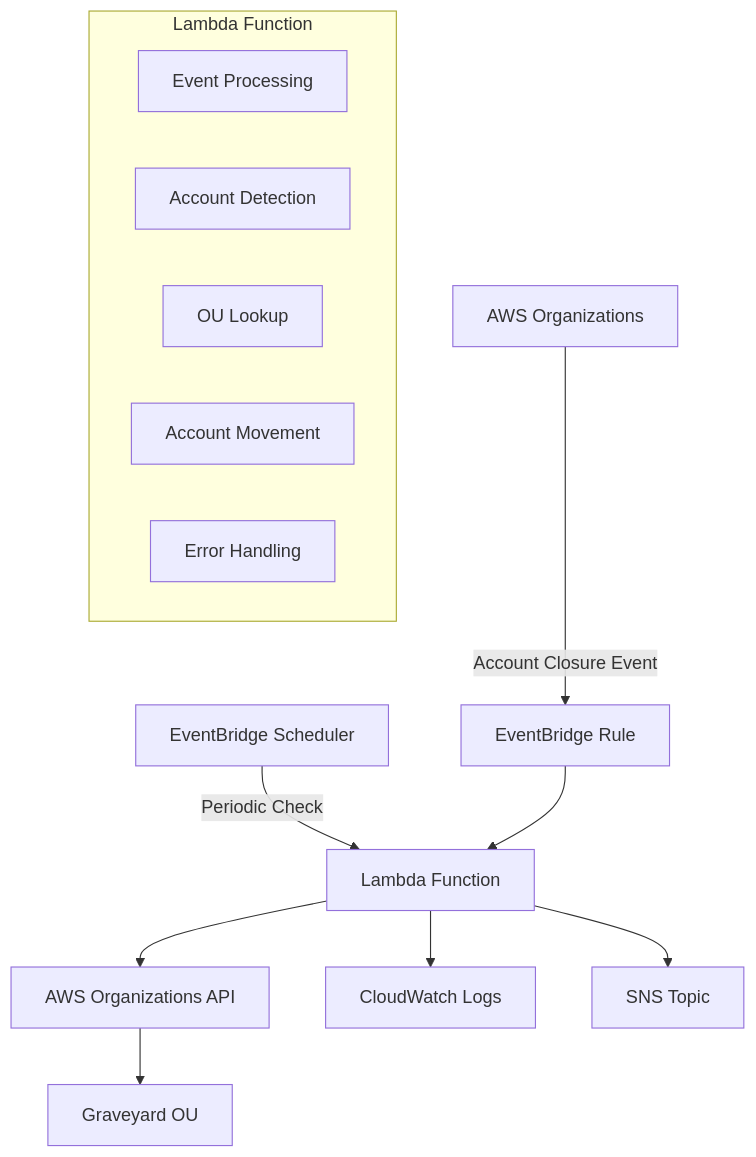
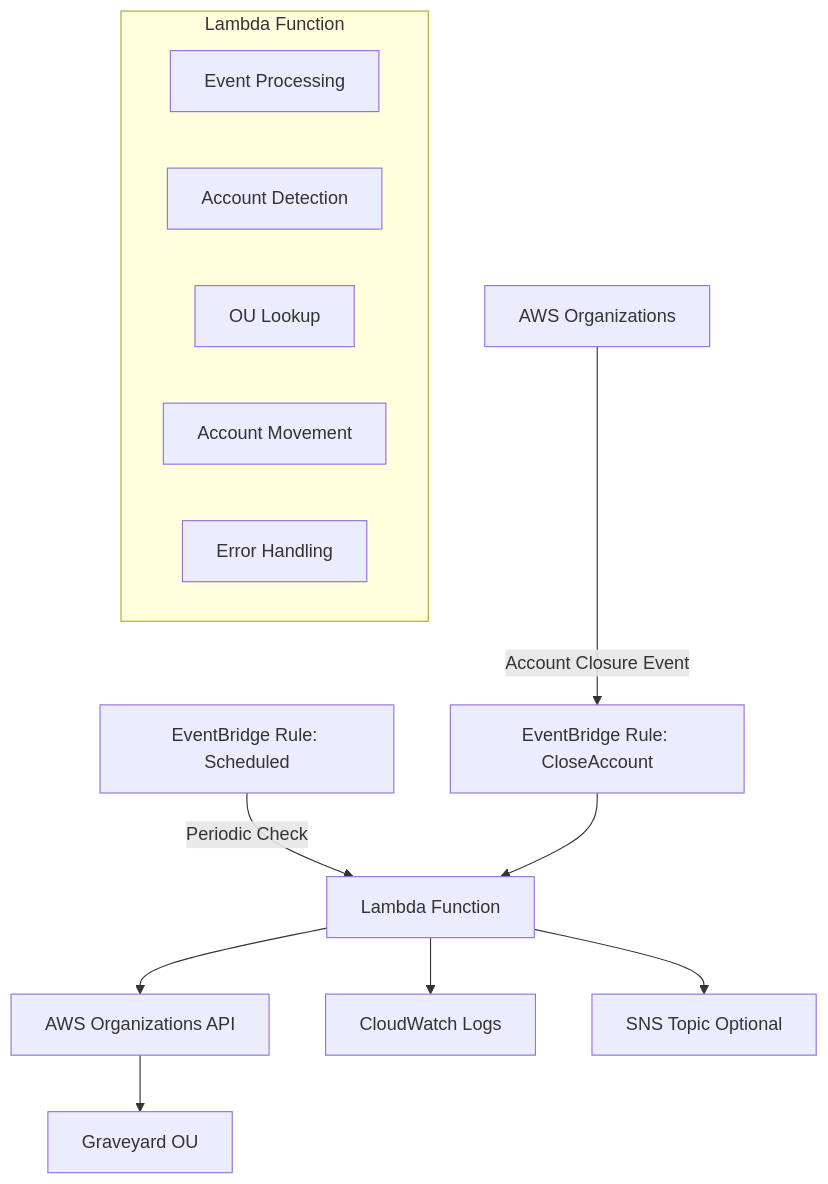
One commit to appvia/terraform-aws-graveyard changed the diagram in README.md. Above: the diagram before and after it, drawn with Mermaid. The commit also changed other lines of this file, not shown here.

````diff
--- a/README.md
+++ b/README.md
@@ -81,18 +92,18 @@
 ```mermaid
 graph TB
-    A[AWS Organizations] -->|Account Closure Event| B[EventBridge Rule]
-    C[EventBridge Scheduler] -->|Periodic Check| D[Lambda Function]
+    A[AWS Organizations] -->|Account Closure Event| B[EventBridge Rule: CloseAccount]
+    C[EventBridge Rule: Scheduled] -->|Periodic Check| D[Lambda Function]
     B --> D
     D --> E[AWS Organizations API]
     D --> F[CloudWatch Logs]
-    D --> G[SNS Topic]
+    D --> G[SNS Topic Optional]
     E --> H[Graveyard OU]
-    
+
     subgraph "Lambda Function"
         D1[Event Processing]
         D2[Account Detection]
         D3[OU Lookup]
         D4[Account Movement]
         D5[Error Handling]
     end
 ```
````
